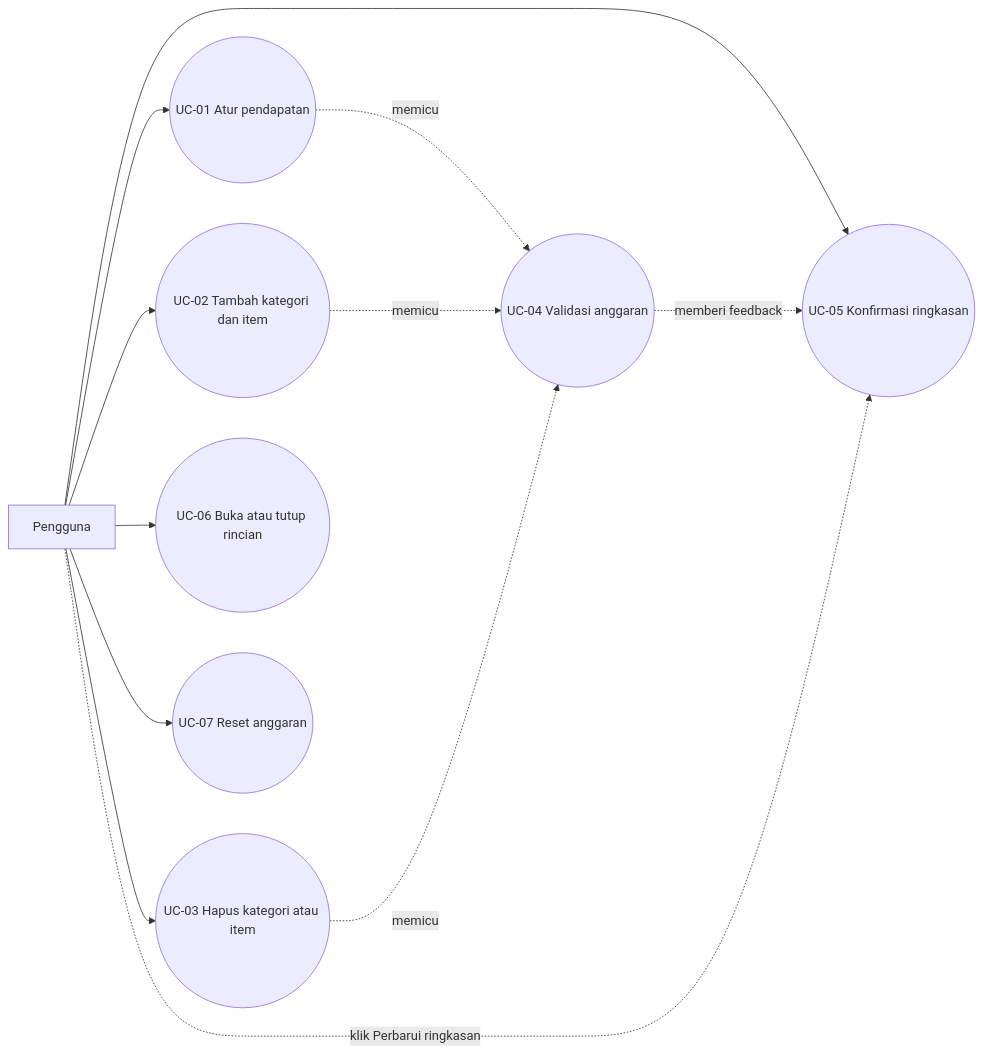
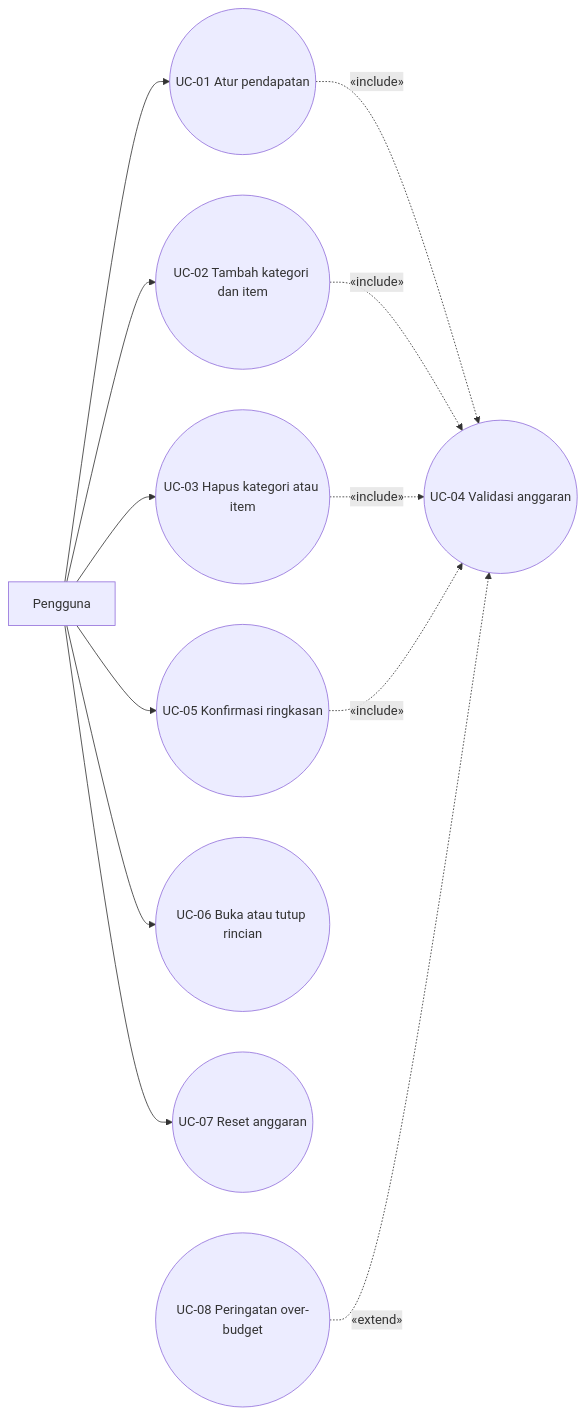
Before and after one commit to Rifatdhy/BudgetKU: the diagram in docs/uts/use-case.md, drawn with Mermaid. The commit also changed other lines of this file and 26 other files, not shown here.

````diff
--- a/docs/uts/use-case.md
+++ b/docs/uts/use-case.md
@@ -21,23 +22,24 @@
 ```mermaid
 flowchart LR
   user[Pengguna]
   income((UC-01 Atur pendapatan))
   category((UC-02 Tambah kategori dan item))
   item((UC-03 Hapus kategori atau item))
   validation((UC-04 Validasi anggaran))
   summary((UC-05 Konfirmasi ringkasan))
   toggle((UC-06 Buka atau tutup rincian))
   reset((UC-07 Reset anggaran))
+  overBudget((UC-08 Peringatan over-budget))
 
   user --> income
   user --> category
   user --> item
   user --> summary
   user --> toggle
   user --> reset
-  income -. memicu .-> validation
-  category -. memicu .-> validation
-  item -. memicu .-> validation
-  validation -. memberi feedback .-> summary
-  user -. klik Perbarui ringkasan .-> summary
+  income -. «include» .-> validation
+  category -. «include» .-> validation
+  item -. «include» .-> validation
+  summary -. «include» .-> validation
+  overBudget -. «extend» .-> validation
 ```
````
